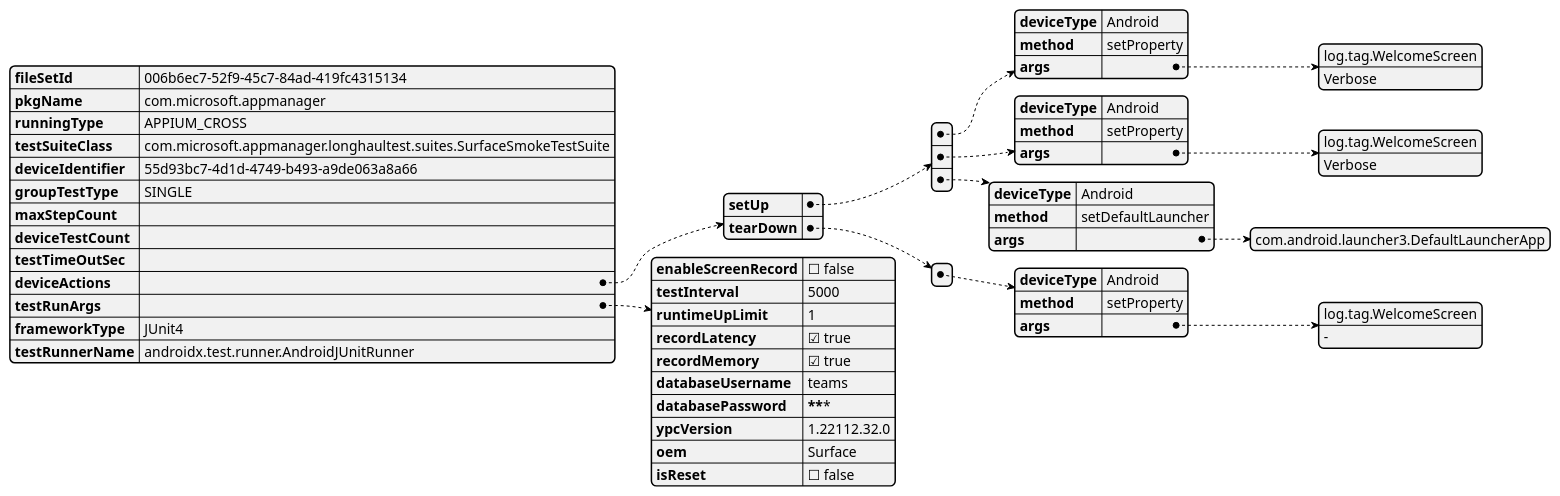
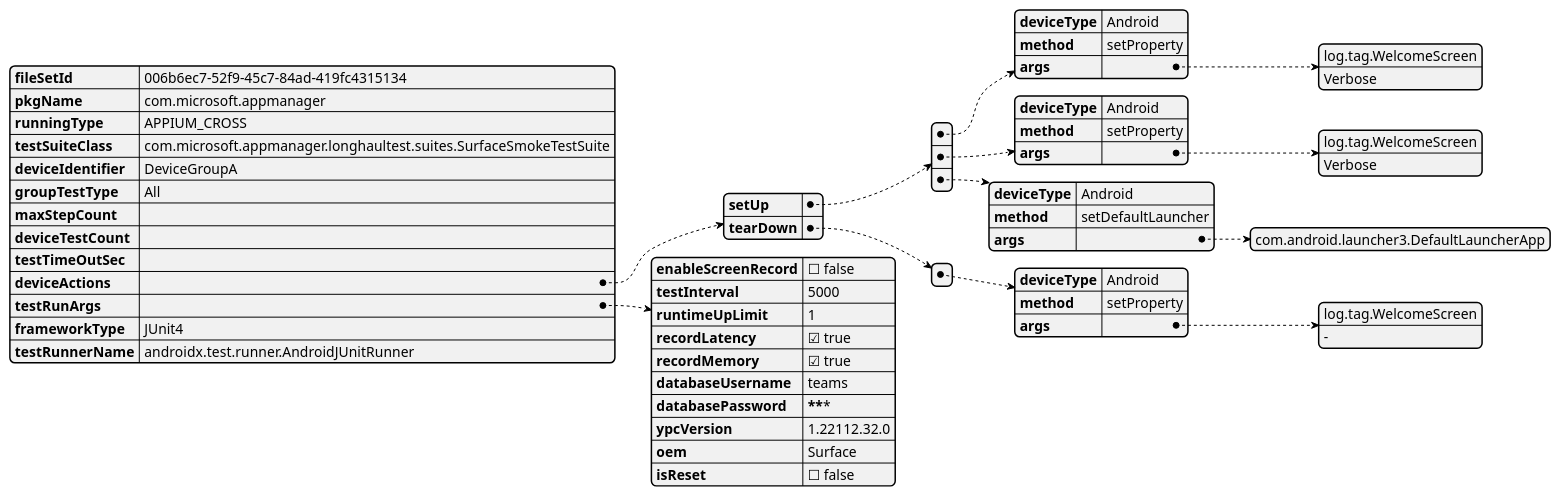
Before and after one commit to microsoft/HydraLab: the third of 6 diagrams in agent/doc/UML/test_runner_design.puml, drawn with PlantUML. The commit also changed 49 other files, not shown here.

Commit message:
- Rename DeviceTestTask.java to TestRun.java - Create ITestRun - Refactor TestRunThreadContext.java

```diff
--- a/agent/doc/UML/test_runner_design.puml
+++ b/agent/doc/UML/test_runner_design.puml
@@ -67,49 +67,49 @@
 @startjson
 {
     "fileSetId": "006b6ec7-52f9-45c7-84ad-419fc4315134",
     "pkgName": "com.microsoft.appmanager",
     "runningType": "APPIUM_CROSS",
     "testSuiteClass": "com.microsoft.appmanager.longhaultest.suites.SurfaceSmokeTestSuite",
-    "deviceIdentifier": "55d93bc7-4d1d-4749-b493-a9de063a8a66",
-    "groupTestType": "SINGLE",
+    "deviceIdentifier": "DeviceGroupA",
+    "groupTestType": "All",
     "maxStepCount": "",
     "deviceTestCount": "",
     "testTimeOutSec": "",
     "deviceActions":{
         "setUp":[{
             "deviceType":"Android",
             "method":"setProperty",
             "args": ["log.tag.WelcomeScreen","Verbose"]
         },
         {
             "deviceType":"Android",
             "method":"setProperty",
             "args": ["log.tag.WelcomeScreen","Verbose"]
         },
         {
             "deviceType":"Android",
             "method":"setDefaultLauncher",
             "args": ["com.android.launcher3.DefaultLauncherApp"]
         }],
         "tearDown":[{
             "deviceType":"Android",
             "method":"setProperty",
             "args": ["log.tag.WelcomeScreen","-"]
         }]
      },
     "testRunArgs": {
         "enableScreenRecord": false,
         "testInterval": 5000,
         "runtimeUpLimit": 1,
         "recordLatency": true,
         "recordMemory": true,
         "databaseUsername": "teams",
         "databasePassword": "***********",
         "ypcVersion": "1.22112.32.0",
         "oem": "Surface",
         "isReset": false
     },
     "frameworkType": "JUnit4",
     "testRunnerName": "androidx.test.runner.AndroidJUnitRunner"
 }
 @endjson
```
